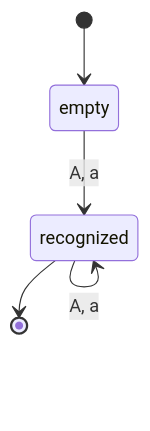
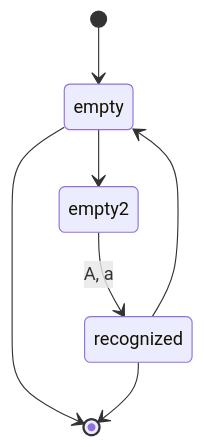
One commit to raganwald/raganwald.github.com changed diagram 47 of 58 in _posts/2019-09-21-recognizing-myself.md. Above: the diagram before and after it, drawn with Mermaid. The commit also changed other lines of this file and 2 other files, not shown here.

```diff
--- a/_posts/2019-09-21-recognizing-myself.md
+++ b/_posts/2019-09-21-recognizing-myself.md
@@ -2395,7 +2470,9 @@
 <div class="mermaid">
   stateDiagram
     [*]-->empty
-    empty-->recognized : A, a
-    recognized-->recognized : A, a
+    empty-->empty2
+    empty-->[*]
+    empty2-->recognized : A, a
+    recognized-->empty
     recognized-->[*]
 </div>
```
